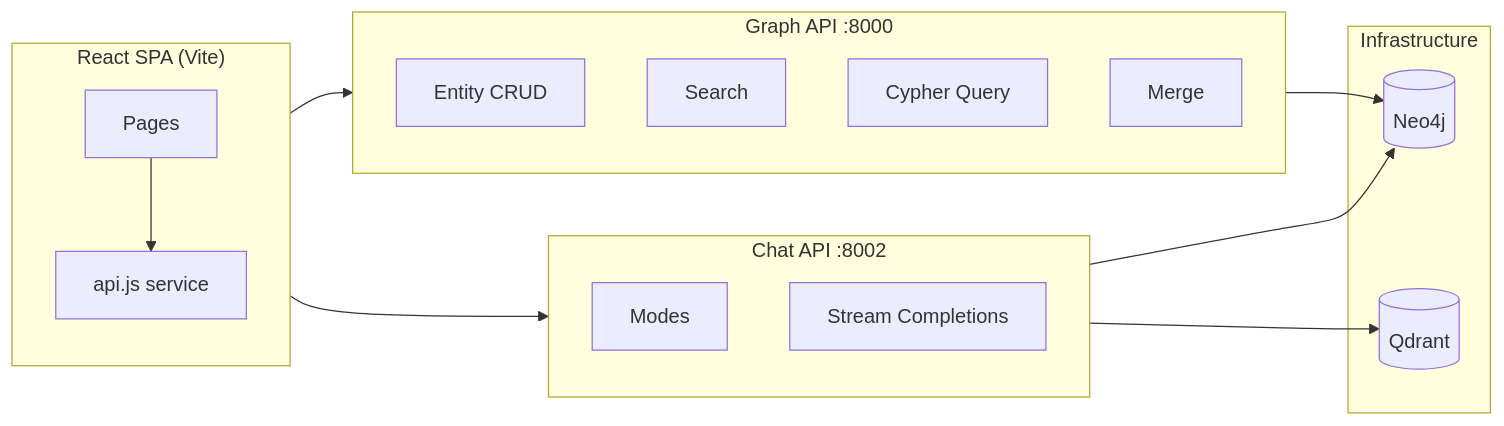
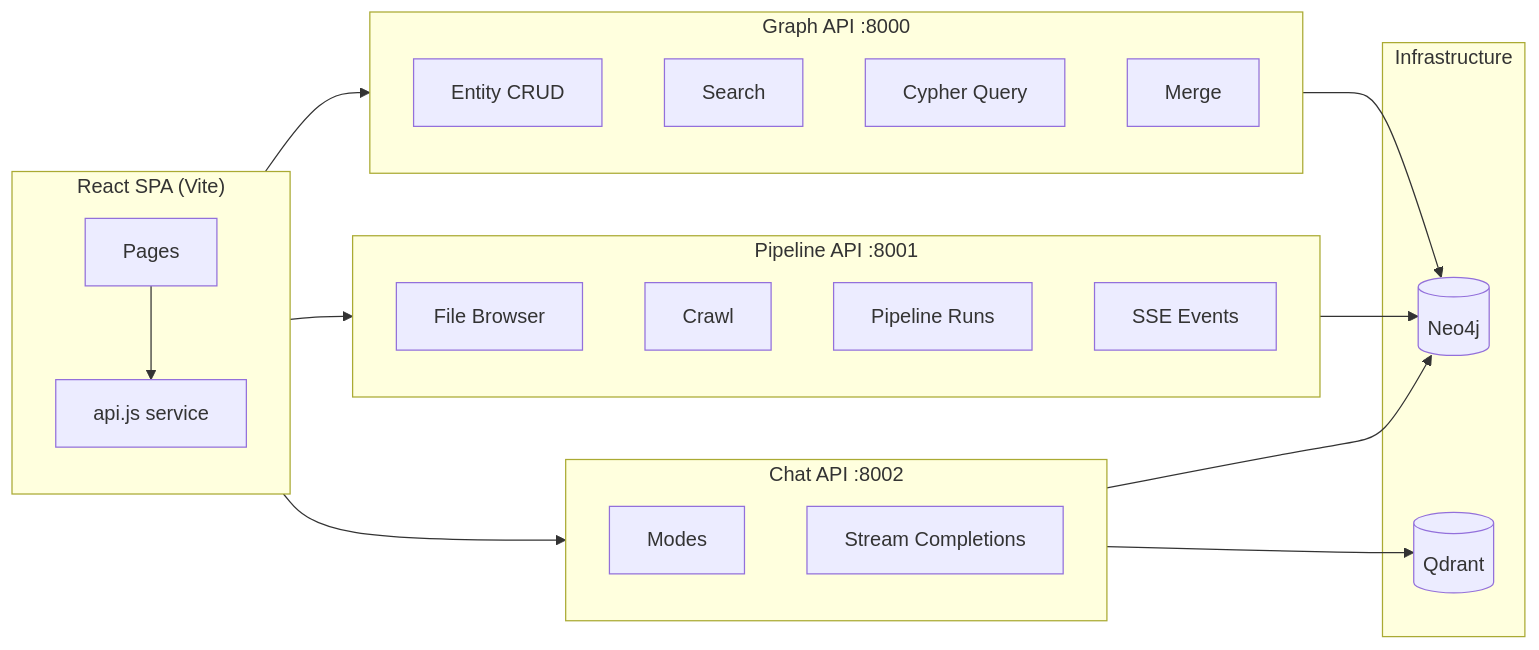
The first of 3 diagrams in apps/frontend/README.md (quyen20345/KGsAuto), drawn with Mermaid before and after one commit. The commit also changed other lines of this file and 32 other files, not shown here.

````diff
--- a/apps/frontend/README.md
+++ b/apps/frontend/README.md
@@ -7,32 +7,41 @@
 ```mermaid
 flowchart LR
     subgraph Frontend["React SPA (Vite)"]
         direction TB
         Pages[Pages]
         API[api.js service]
     end
 
     subgraph GraphAPI["Graph API :8000"]
         G1[Entity CRUD]
         G2[Search]
         G3[Cypher Query]
         G4[Merge]
     end
 
+    subgraph PipelineAPI["Pipeline API :8001"]
+        P1[File Browser]
+        P2[Crawl]
+        P3[Pipeline Runs]
+        P4[SSE Events]
+    end
+
     subgraph ChatAPI["Chat API :8002"]
         C1[Modes]
         C2[Stream Completions]
     end
 
     subgraph Infra["Infrastructure"]
         Neo4j[(Neo4j)]
         Qdrant[(Qdrant)]
     end
 
     Pages --> API
     API --> GraphAPI
+    API --> PipelineAPI
     API --> ChatAPI
     GraphAPI --> Neo4j
+    PipelineAPI --> Neo4j
     ChatAPI --> Neo4j
     ChatAPI --> Qdrant
 ```
````
